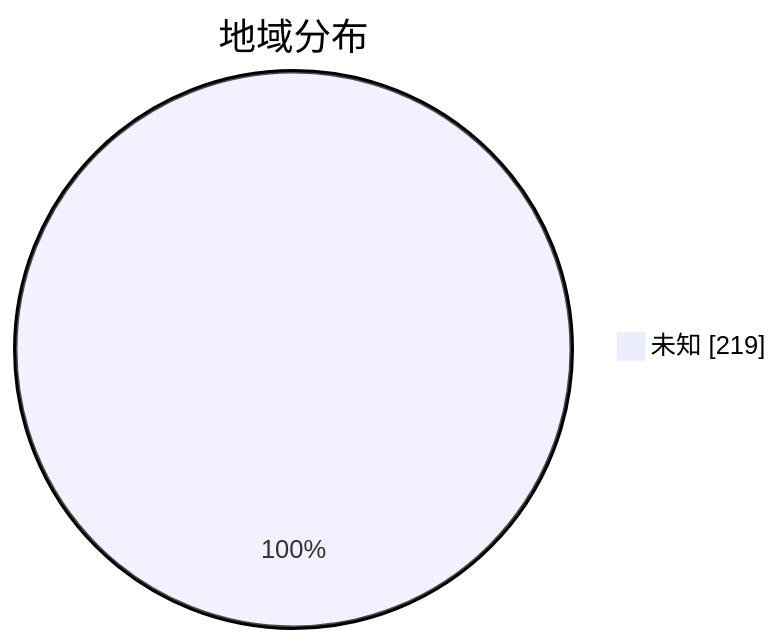
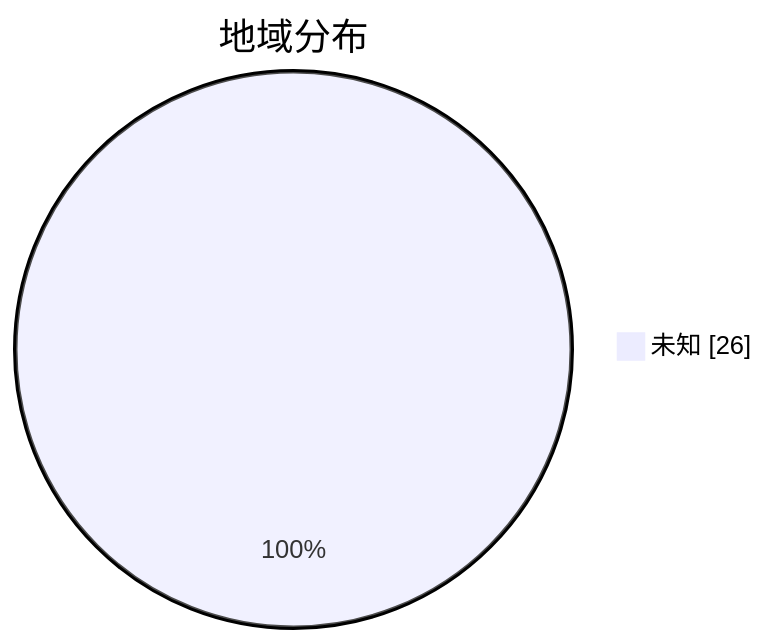
Before and after one commit to qjlxg/airport: the second of 3 diagrams in subs/statistics/tested_within.md, drawn with Mermaid. The commit also changed other lines of this file and 2 other files, not shown here.

````diff
--- a/subs/statistics/tested_within.md
+++ b/subs/statistics/tested_within.md
@@ -12,5 +9,5 @@
 ```mermaid
 pie showData
 title 地域分布
-"未知" : 219
+"未知" : 26
 ```
````
